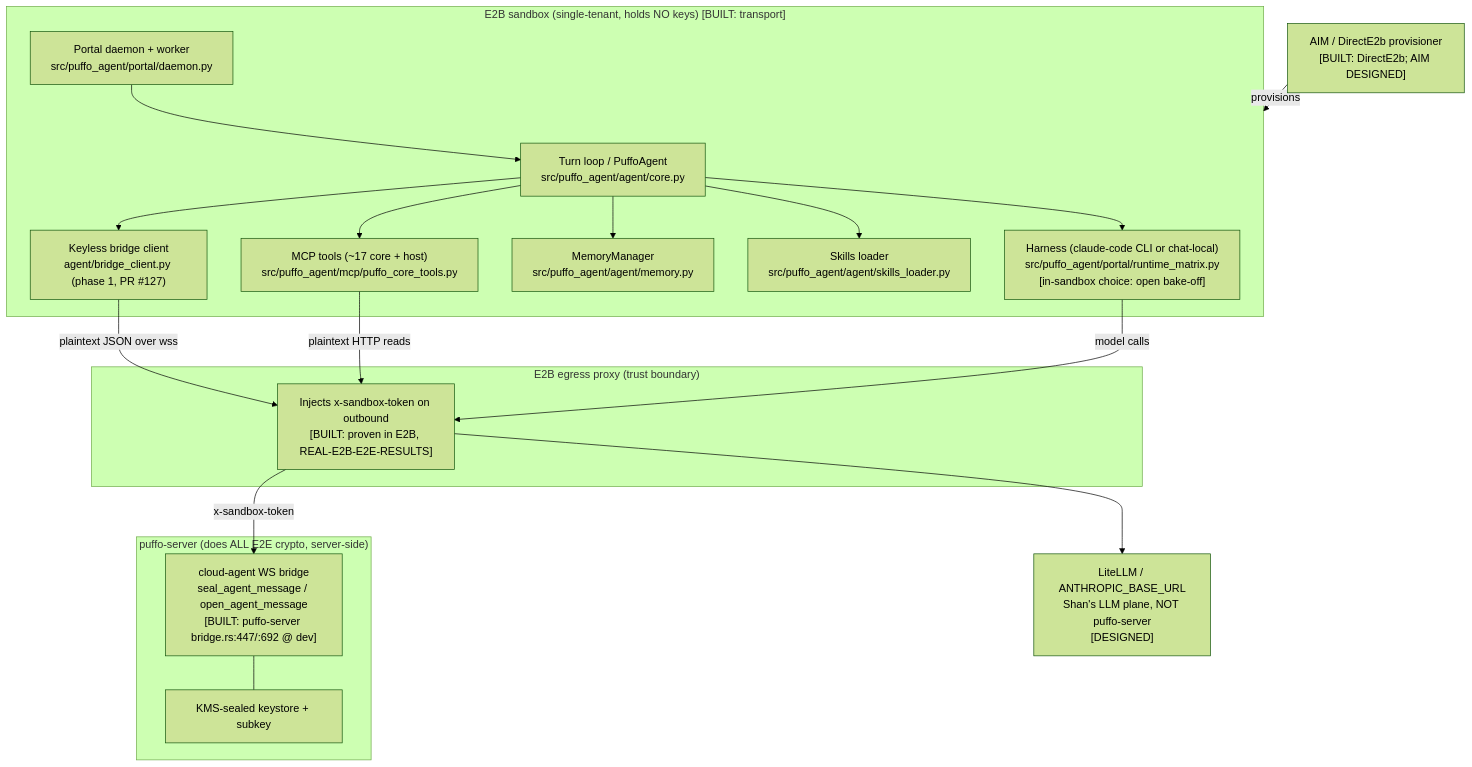
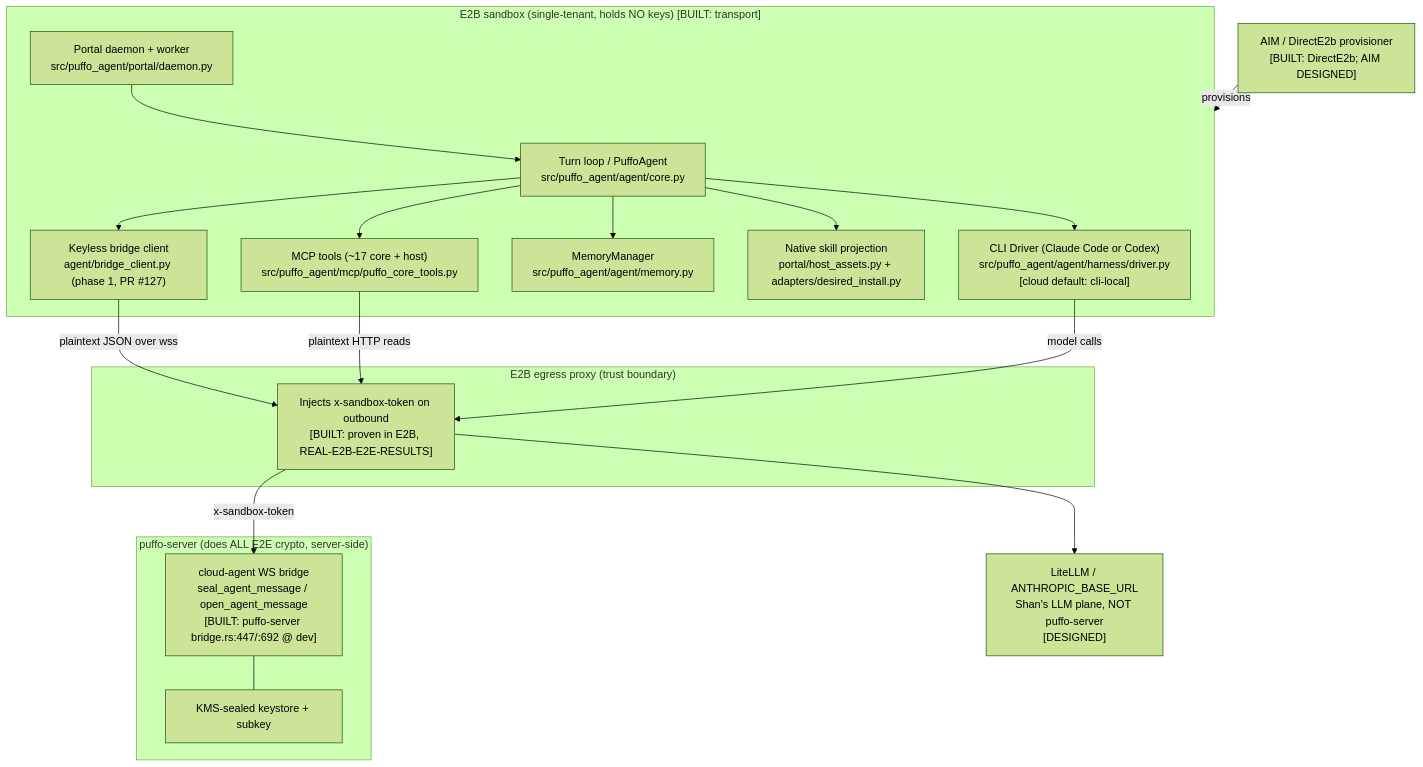
The first of 4 diagrams in docs/FAT-CLOUD-ARCHITECTURE.md (TZZheng/puffo-agent), drawn with Mermaid (forest theme) before and after one commit. The commit also changed other lines of this file and 201 other files, not shown here.

Commit message:
refactor(agent): consolidate Python runtime architecture

````diff
--- a/docs/FAT-CLOUD-ARCHITECTURE.md
+++ b/docs/FAT-CLOUD-ARCHITECTURE.md
@@ -70,38 +70,38 @@
 ```mermaid
 flowchart TB
     subgraph sandbox["E2B sandbox (single-tenant, holds NO keys) [BUILT: transport]"]
         core["Turn loop / PuffoAgent<br/>src/puffo_agent/agent/core.py"]
-        harness["Harness (claude-code CLI or chat-local)<br/>src/puffo_agent/portal/runtime_matrix.py<br/>[in-sandbox choice: open bake-off]"]
+        harness["CLI Driver (Claude Code or Codex)<br/>src/puffo_agent/agent/harness/driver.py<br/>[cloud default: cli-local]"]
         mcp["MCP tools (~17 core + host)<br/>src/puffo_agent/mcp/puffo_core_tools.py"]
         mem["MemoryManager<br/>src/puffo_agent/agent/memory.py"]
-        skills["Skills loader<br/>src/puffo_agent/agent/skills_loader.py"]
+        skills["Native skill projection<br/>portal/host_assets.py + adapters/desired_install.py"]
         portal["Portal daemon + worker<br/>src/puffo_agent/portal/daemon.py"]
         bridge["Keyless bridge client<br/>agent/bridge_client.py (phase 1, PR #127)"]
         core --> harness
         core --> mcp
         core --> mem
         core --> skills
         portal --> core
         core --> bridge
     end
 
     subgraph egress["E2B egress proxy (trust boundary)"]
         inject["Injects x-sandbox-token on outbound<br/>[BUILT: proven in E2B, REAL-E2B-E2E-RESULTS]"]
     end
 
     subgraph server["puffo-server (does ALL E2E crypto, server-side)"]
         wsbridge["cloud-agent WS bridge<br/>seal_agent_message / open_agent_message<br/>[BUILT: puffo-server bridge.rs:447/:692 @ dev]"]
         kms["KMS-sealed keystore + subkey"]
     end
 
     litellm["LiteLLM / ANTHROPIC_BASE_URL<br/>Shan's LLM plane, NOT puffo-server<br/>[DESIGNED]"]
     aim["AIM / DirectE2b provisioner<br/>[BUILT: DirectE2b; AIM DESIGNED]"]
 
     bridge -->|plaintext JSON over wss| inject
     mcp -->|plaintext HTTP reads| inject
     inject -->|x-sandbox-token| wsbridge
     wsbridge --- kms
     harness -->|model calls| inject
     inject --> litellm
     aim -->|provisions| sandbox
 ```
````
